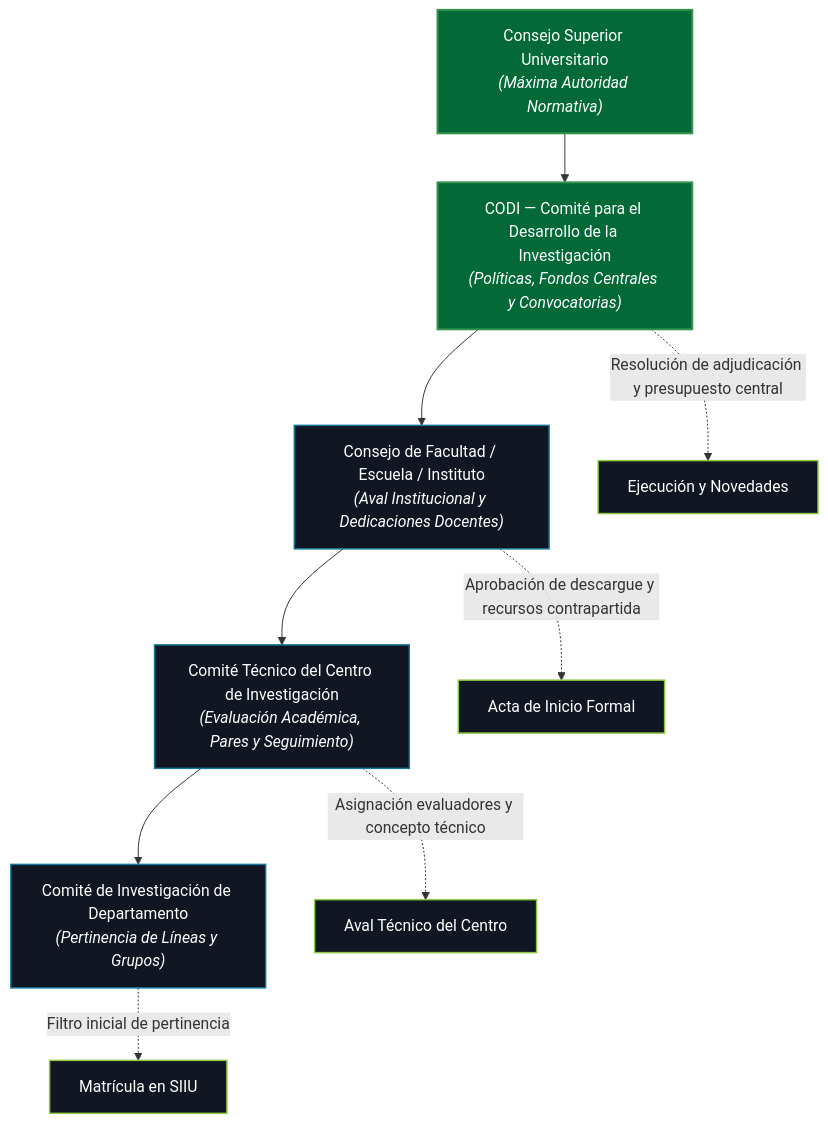
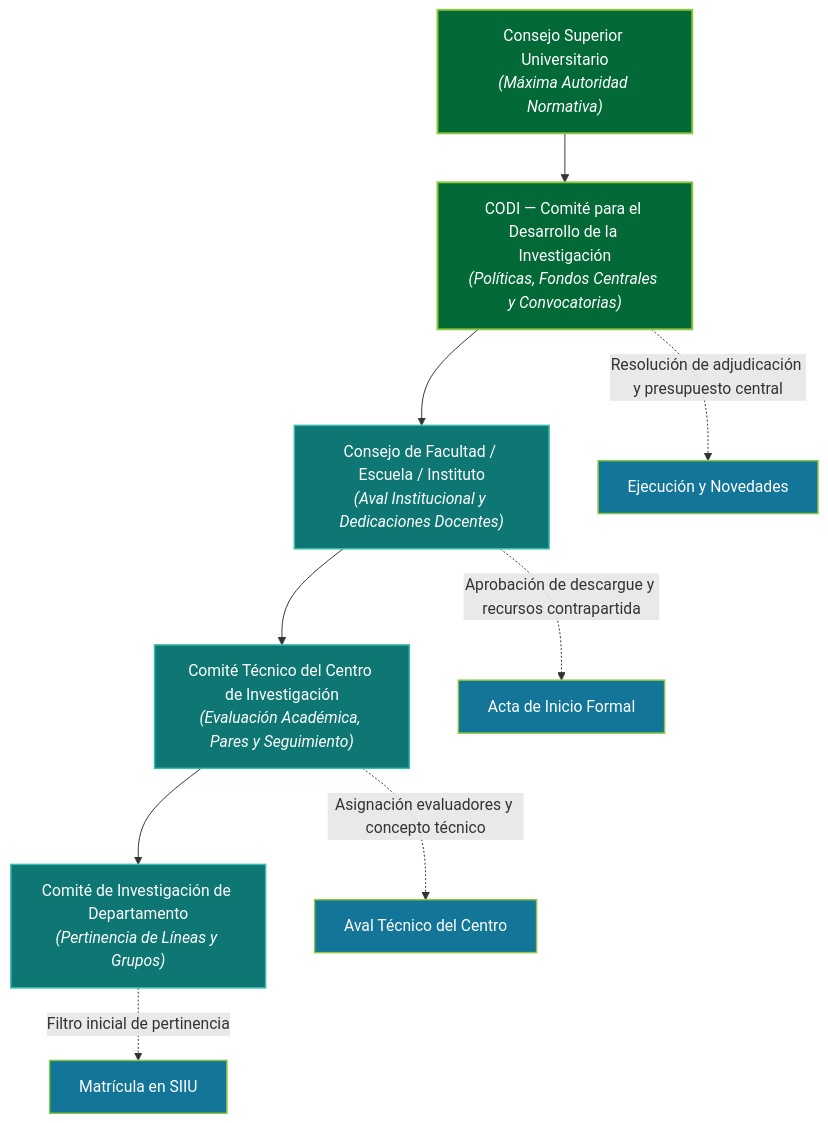
Before and after one commit to Colors-svg/Wiki: the diagram in docs/01_ROLES/Ecosistema_Comites_Gobernanza.md, drawn with Mermaid. The commit also changed 6 other files, not shown here.

Commit message:
fix(ui,mermaid): corregir contraste de flowcharts, pulir logo UdeA y aplicar paleta institucional

````diff
--- a/docs/01_ROLES/Ecosistema_Comites_Gobernanza.md
+++ b/docs/01_ROLES/Ecosistema_Comites_Gobernanza.md
@@ -12,22 +12,22 @@
 ```mermaid
 flowchart TD
-    classDef inst fill:#026937,stroke:#35944B,stroke-width:2px,color:#FFFFFF;
-    classDef comite fill:#111722,stroke:#137598,stroke-width:1.5px,color:#FFFFFF;
-    classDef accion fill:#111722,stroke:#8DC63F,stroke-width:1.5px,color:#FFFFFF;
+    classDef inst fill:#026937,stroke:#8DC63F,stroke-width:2px,color:#FFFFFF;
+    classDef comite fill:#0E7774,stroke:#3EBDAC,stroke-width:1.5px,color:#FFFFFF;
+    classDef accion fill:#137598,stroke:#8DC63F,stroke-width:1.5px,color:#FFFFFF;
 
     CSU["Consejo Superior Universitario<br><i>(Máxima Autoridad Normativa)</i>"]:::inst
     CODI["CODI — Comité para el Desarrollo de la Investigación<br><i>(Políticas, Fondos Centrales y Convocatorias)</i>"]:::inst
     CONSEJO_FAC["Consejo de Facultad / Escuela / Instituto<br><i>(Aval Institucional y Dedicaciones Docentes)</i>"]:::comite
     COMITE_TEC["Comité Técnico del Centro de Investigación<br><i>(Evaluación Académica, Pares y Seguimiento)</i>"]:::comite
     COMITE_DEP["Comité de Investigación de Departamento<br><i>(Pertinencia de Líneas y Grupos)</i>"]:::comite
 
     CSU --> CODI
     CODI --> CONSEJO_FAC
     CONSEJO_FAC --> COMITE_TEC
     COMITE_TEC --> COMITE_DEP
 
     COMITE_DEP -. "Filtro inicial de pertinencia" .-> FORMULACION["Matrícula en SIIU"]:::accion
     COMITE_TEC -. "Asignación evaluadores y concepto técnico" .-> AVAL["Aval Técnico del Centro"]:::accion
     CONSEJO_FAC -. "Aprobación de descargue y recursos contrapartida" .-> INICIO["Acta de Inicio Formal"]:::accion
     CODI -. "Resolución de adjudicación y presupuesto central" .-> EJECUCION["Ejecución y Novedades"]:::accion
 ```
````
